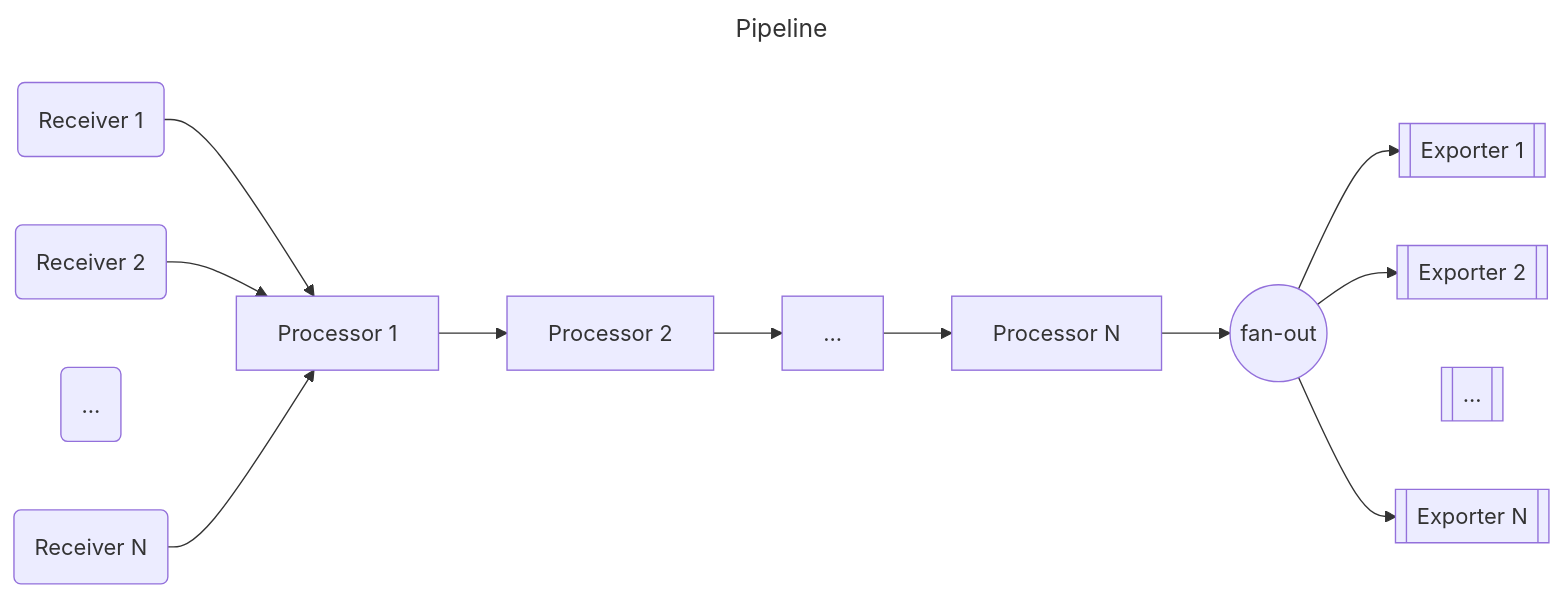
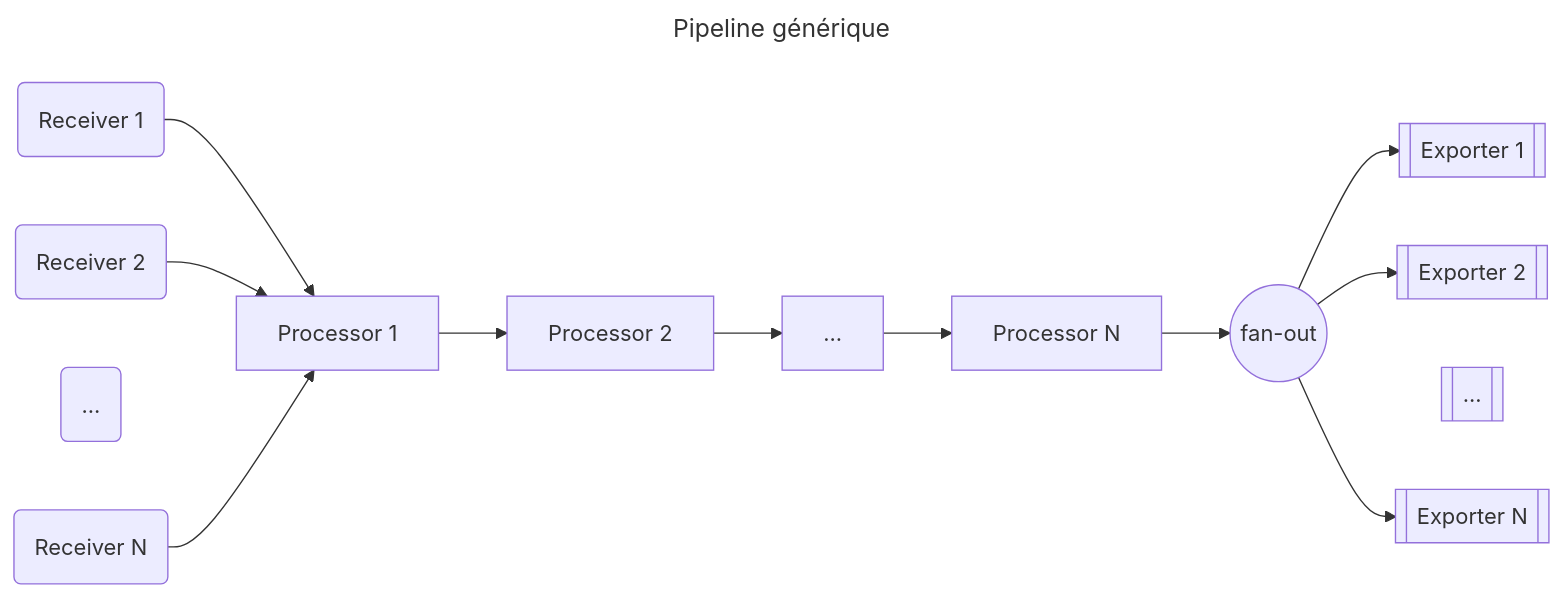
The second of 5 diagrams in Lab_TP01_Socle.md (pragmatic-fermat/opentelemetry-labs), drawn with Mermaid before and after one commit. The commit also changed other lines of this file, not shown here.

Commit message:
TP1 : le premier schema de la partie 2 s'appelle pipeline generique

````diff
--- a/Lab_TP01_Socle.md
+++ b/Lab_TP01_Socle.md
@@ -270,18 +270,18 @@
 ```mermaid
 ---
-title: Pipeline
+title: Pipeline générique
 ---
 flowchart LR
   R1(Receiver 1) --> P1[Processor 1]
   R2(Receiver 2) --> P1
   RM(...) ~~~ P1
   RN(Receiver N) --> P1
   P1 --> P2[Processor 2]
   P2 --> PM[...]
   PM --> PN[Processor N]
   PN --> FO((fan-out))
   FO --> E1[[Exporter 1]]
   FO --> E2[[Exporter 2]]
   FO ~~~ EM[[...]]
   FO --> EN[[Exporter N]]
 ```
````
